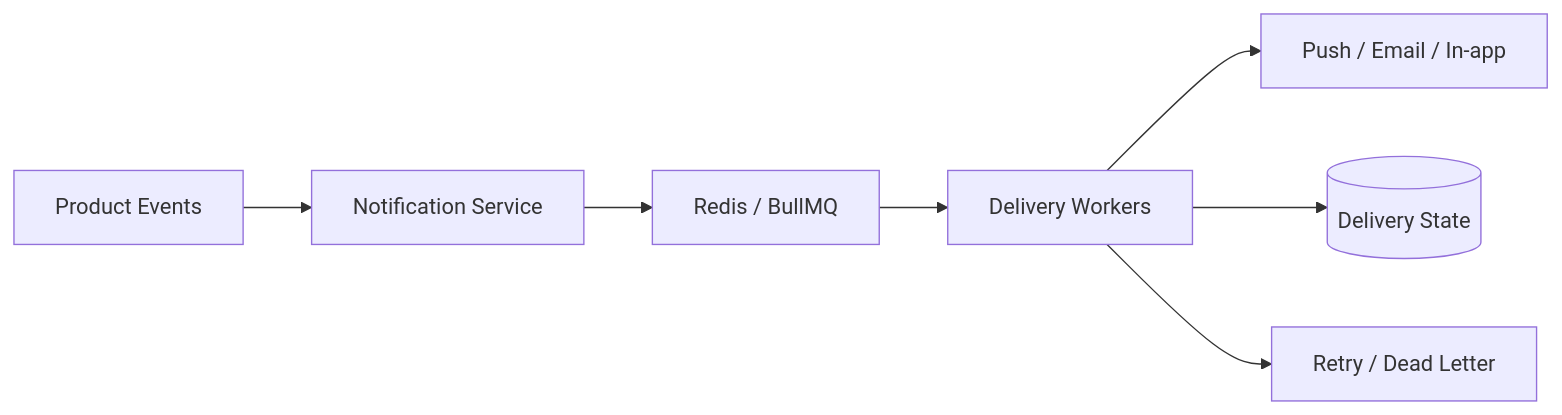
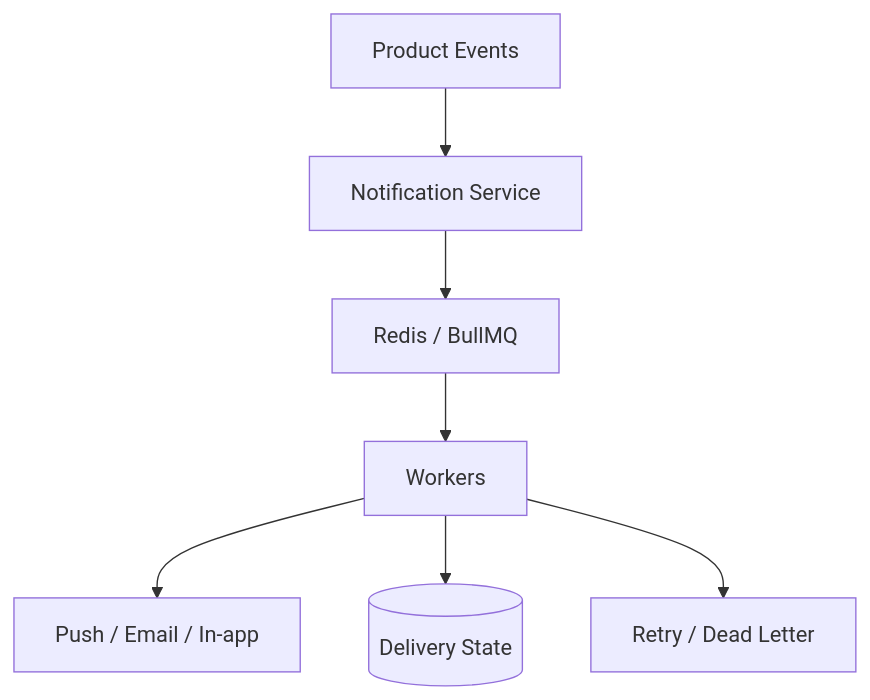
Before and after one commit to flutter-create-ani/flutter-create-ani: the third of 3 diagrams in README.md, drawn with Mermaid. The commit also changed other lines of this file, not shown here.

````diff
--- a/README.md
+++ b/README.md
@@ -225,9 +171,9 @@
 ```mermaid
-flowchart LR
+flowchart TB
   A[Product Events] --> B[Notification Service]
   B --> C[Redis / BullMQ]
-  C --> D[Delivery Workers]
+  C --> D[Workers]
   D --> E[Push / Email / In-app]
   D --> F[(Delivery State)]
   D --> G[Retry / Dead Letter]
 ```
````
